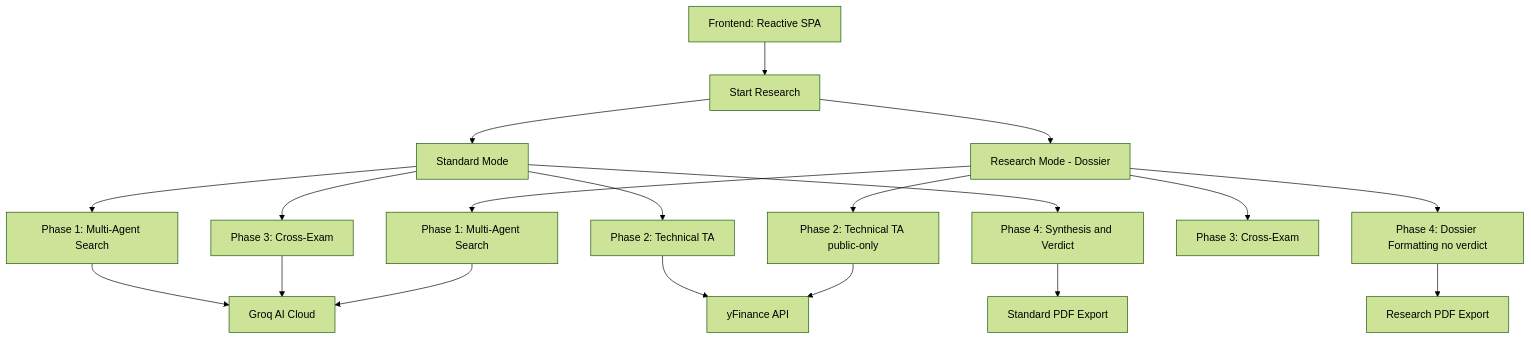
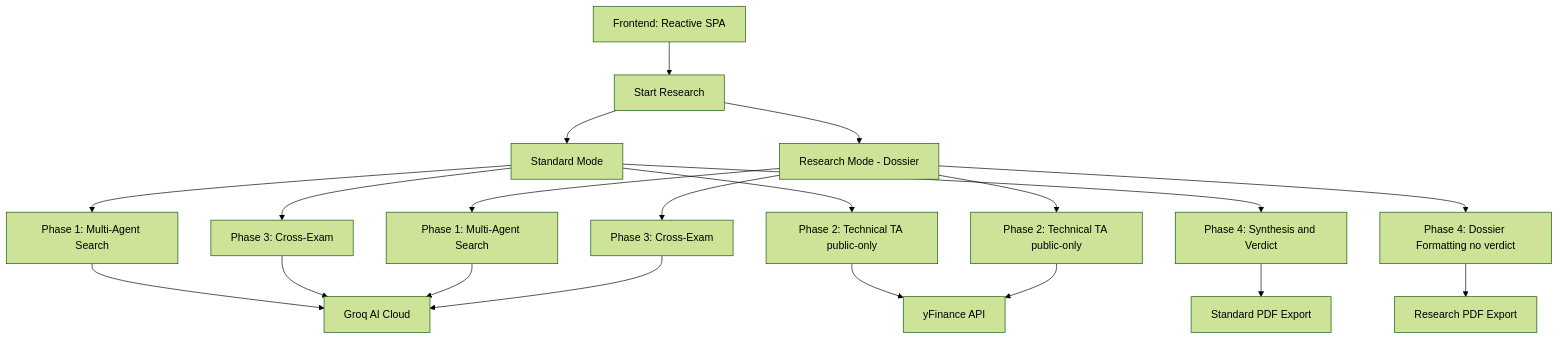
Before and after one commit to aaravg772/AlphaSwarm: the diagram in README.md, drawn with Mermaid (forest theme).

Commit message:
Update Phase 2 description to public-only

````diff
--- a/README.md
+++ b/README.md
@@ -45,23 +45,24 @@
 ```mermaid
 graph TD
     UI["Frontend: Reactive SPA"] --> SR["Start Research"]
     SR --> SM["Standard Mode"]
     SR --> RM["Research Mode - Dossier"]
 
     SM --> S1["Phase 1: Multi-Agent Search"]
     S1 --> GROQ["Groq AI Cloud"]
-    SM --> S2["Phase 2: Technical TA"]
+    SM --> S2["Phase 2: Technical TA public-only"]
     S2 --> YF["yFinance API"]
     SM --> S3["Phase 3: Cross-Exam"]
     S3 --> GROQ["Groq AI Cloud"]
     SM --> S4["Phase 4: Synthesis and Verdict"]
     S4 --> SPDF["Standard PDF Export"]
 
     RM --> R1["Phase 1: Multi-Agent Search"]
     R1 --> GROQ
     RM --> R2["Phase 2: Technical TA public-only"]
     R2 --> YF
     RM --> R3["Phase 3: Cross-Exam"]
+    R3 --> GROQ["Groq AI Cloud"]
     RM --> R4["Phase 4: Dossier Formatting no verdict"]
     R4 --> RPDF["Research PDF Export"]
 ```
````
